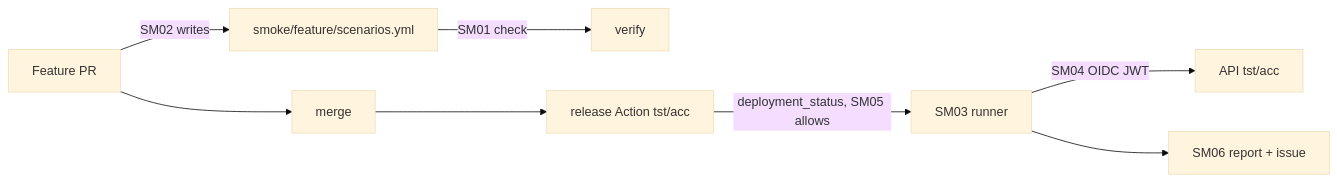
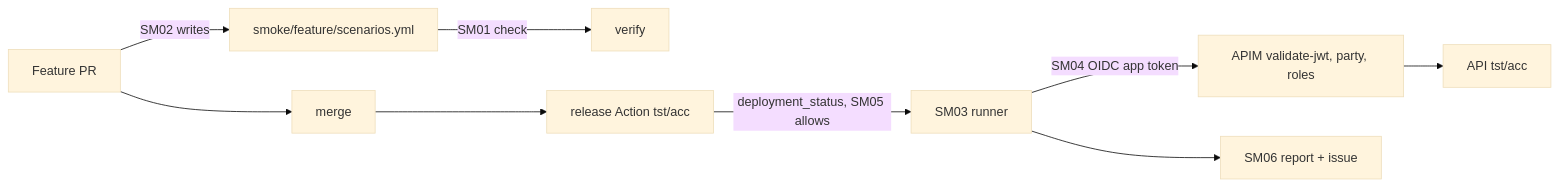
Before and after one commit to svennijhuis/agentic-workflows: the diagram in docs/pbi/smoke/README.md, drawn with Mermaid (base theme). The commit also changed 8 other files, not shown here.

````diff
--- a/docs/pbi/smoke/README.md
+++ b/docs/pbi/smoke/README.md
@@ -4,9 +4,9 @@
 ```mermaid
 flowchart LR
   PR[Feature PR] -->|SM02 writes| SC[smoke/feature/scenarios.yml]
   SC -->|SM01 check| V[verify]
   PR --> M[merge] --> REL[release Action tst/acc]
   REL -->|deployment_status, SM05 allows| RUN[SM03 runner]
-  RUN -->|SM04 OIDC JWT| API[API tst/acc]
+  RUN -->|SM04 OIDC app token| APIM[APIM validate-jwt, party, roles] --> API[API tst/acc]
   RUN --> REP[SM06 report + issue]
 ```
````
